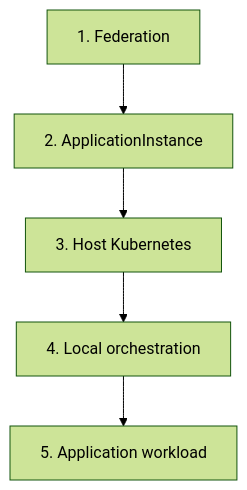
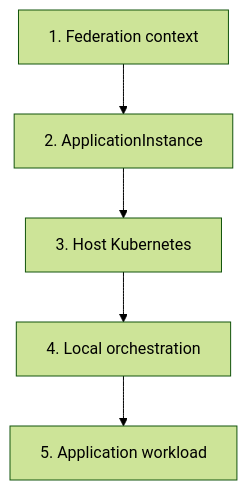
The sixth of 14 diagrams in docs/federation.md (neonephos-katalis/opg-ewbi-documentation), drawn with Mermaid (forest theme) before and after one commit. The commit also changed other lines of this file and 6 other files, not shown here.

````diff
--- a/docs/federation.md
+++ b/docs/federation.md
@@ -217,13 +297,13 @@
 ```mermaid
 flowchart TD
-    F["1. Federation"]
+    F["1. Federation context"]
     AI["2. ApplicationInstance"]
     HK["3. Host Kubernetes"]
     LO["4. Local orchestration"]
     AW["5. Application workload"]
 
     F --> AI
     AI --> HK
     HK --> LO
     LO --> AW
 ```
````
